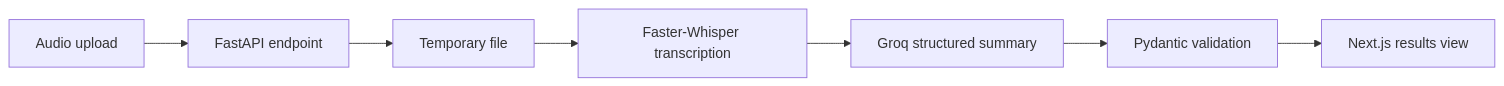
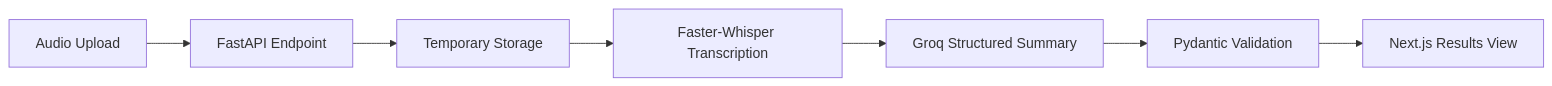
One commit to Ritanshu1104/meeting-summarizer changed the diagram in README.md. Above: the diagram before and after it, drawn with Mermaid. The commit also changed other lines of this file, not shown here.

````diff
--- a/README.md
+++ b/README.md
@@ -26,9 +48,9 @@
 ```mermaid
 flowchart LR
-    A[Audio upload] --> B[FastAPI endpoint]
-    B --> C[Temporary file]
-    C --> D[Faster-Whisper transcription]
-    D --> E[Groq structured summary]
-    E --> F[Pydantic validation]
-    F --> G[Next.js results view]
+    A[Audio Upload] --> B[FastAPI Endpoint]
+    B --> C[Temporary Storage]
+    C --> D[Faster-Whisper Transcription]
+    D --> E[Groq Structured Summary]
+    E --> F[Pydantic Validation]
+    F --> G[Next.js Results View]
 ```
````
